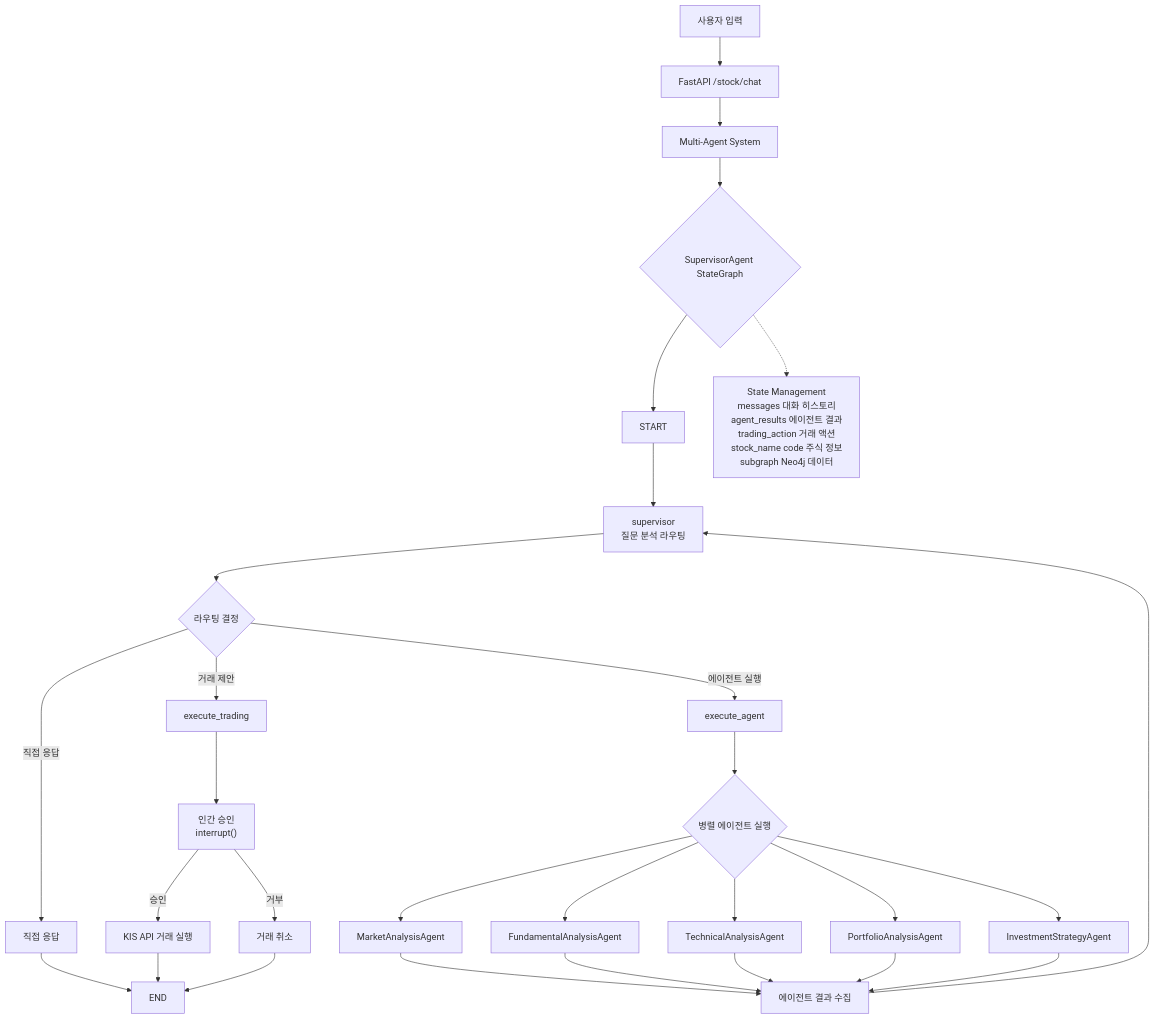
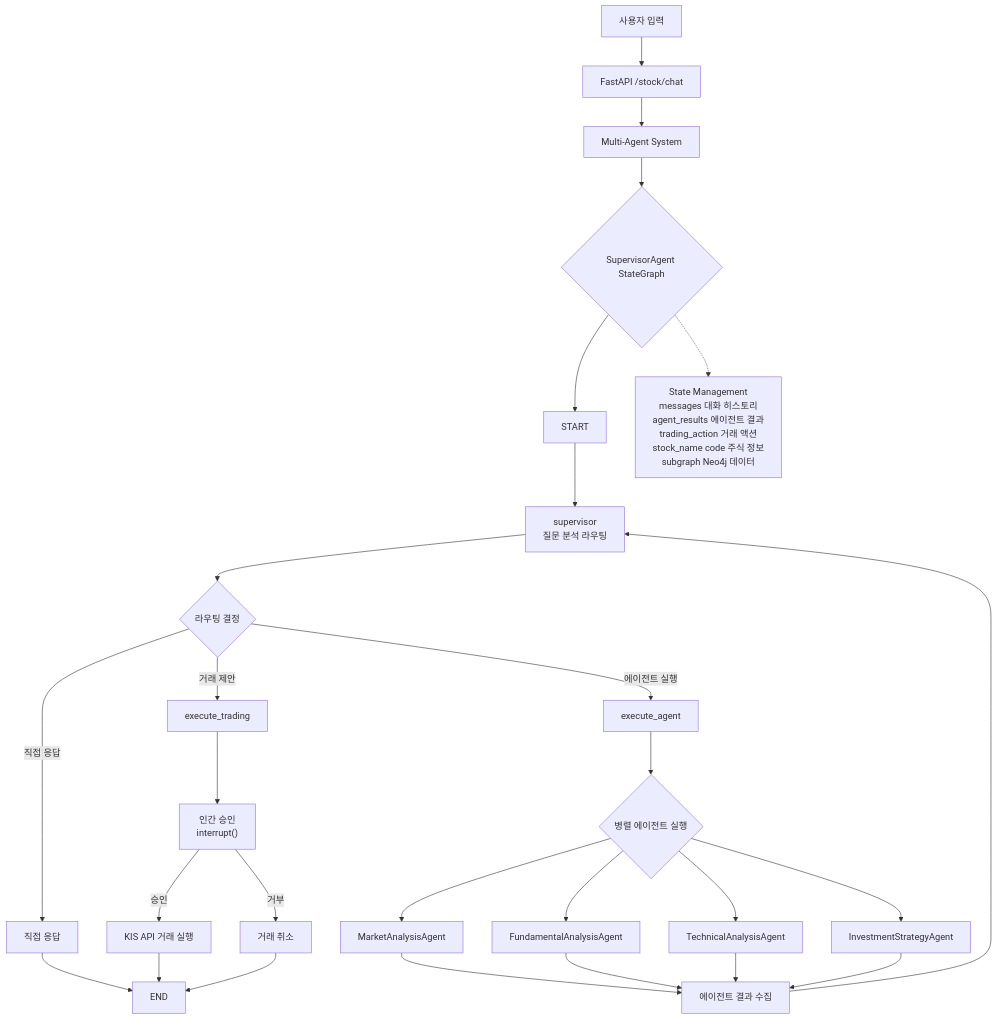
The first of 7 diagrams in docs/Langgraph_Structure.md (Stockelper-Lab/stockelper-llm), drawn with Mermaid before and after one commit. The commit also changed other lines of this file and 19 other files, not shown here.

````diff
--- a/docs/Langgraph_Structure.md
+++ b/docs/Langgraph_Structure.md
@@ -5,51 +5,49 @@
 ```mermaid
 graph TB
     %% User Input
     User["사용자 입력"] --> FastAPI["FastAPI /stock/chat"]
     FastAPI --> MultiAgent["Multi-Agent System"]
     
     %% SupervisorAgent LangGraph
     MultiAgent --> SupervisorGraph{"SupervisorAgent StateGraph"}
     
     %% SupervisorAgent Nodes
     SupervisorGraph --> Start["START"]
     Start --> Supervisor["supervisor<br/>질문 분석 라우팅"]
     
     %% Supervisor Decision Logic
     Supervisor --> SupervisorDecision{"라우팅 결정"}
     SupervisorDecision -->|"직접 응답"| DirectResponse["직접 응답"]
     SupervisorDecision -->|"에이전트 실행"| ExecuteAgent["execute_agent"]
     SupervisorDecision -->|"거래 제안"| ExecuteTrading["execute_trading"]
     
     %% Agent Execution Flow
     ExecuteAgent --> ParallelAgents{"병렬 에이전트 실행"}
     ParallelAgents --> MA["MarketAnalysisAgent"]
     ParallelAgents --> FA["FundamentalAnalysisAgent"] 
     ParallelAgents --> TA["TechnicalAnalysisAgent"]
-    ParallelAgents --> PA["PortfolioAnalysisAgent"]
     ParallelAgents --> IA["InvestmentStrategyAgent"]
     
     %% Agent Results Back to Supervisor
     MA --> AgentResults["에이전트 결과 수집"]
     FA --> AgentResults
     TA --> AgentResults
-    PA --> AgentResults
     IA --> AgentResults
     
     AgentResults --> Supervisor
     
     %% Trading Flow
     ExecuteTrading --> HumanApproval["인간 승인<br/>interrupt()"]
     HumanApproval -->|"승인"| KISTrading["KIS API 거래 실행"]
     HumanApproval -->|"거부"| TradingCancel["거래 취소"]
     
     %% End States
     DirectResponse --> End["END"]
     KISTrading --> End
     TradingCancel --> End
     
     %% State Management
     StateBox["State Management<br/>messages 대화 히스토리<br/>agent_results 에이전트 결과<br/>trading_action 거래 액션<br/>stock_name code 주식 정보<br/>subgraph Neo4j 데이터"]
     
     SupervisorGraph -.-> StateBox
 ```
````
